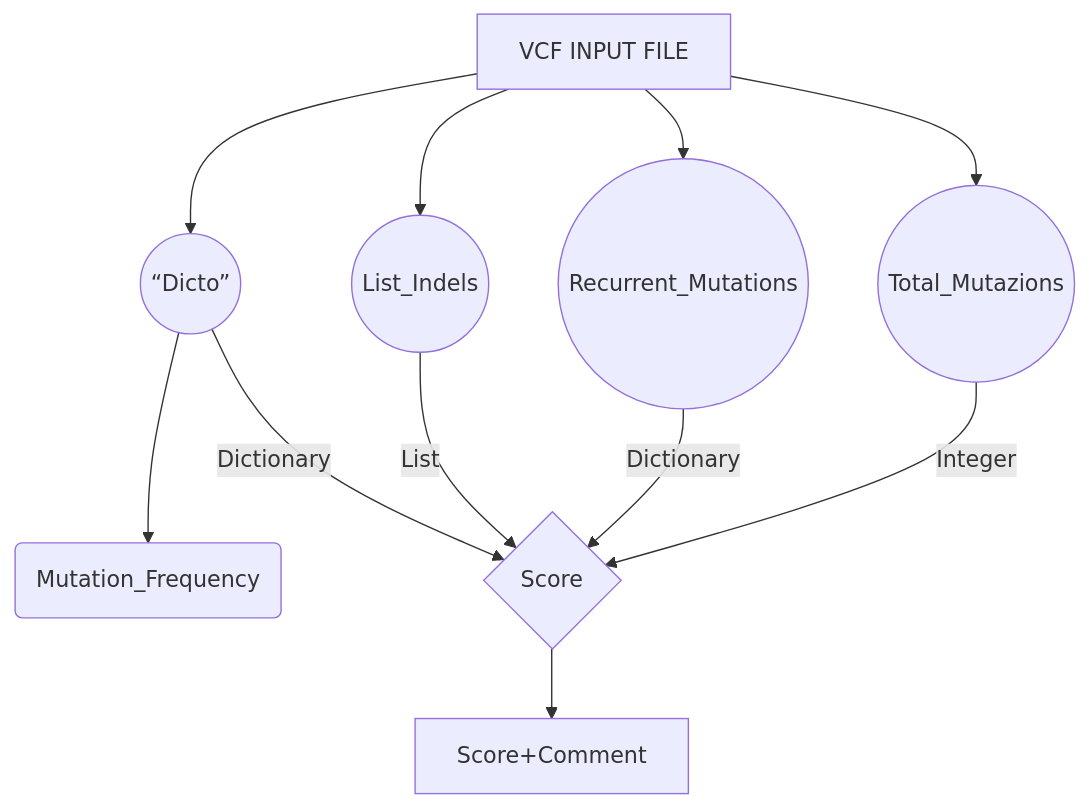
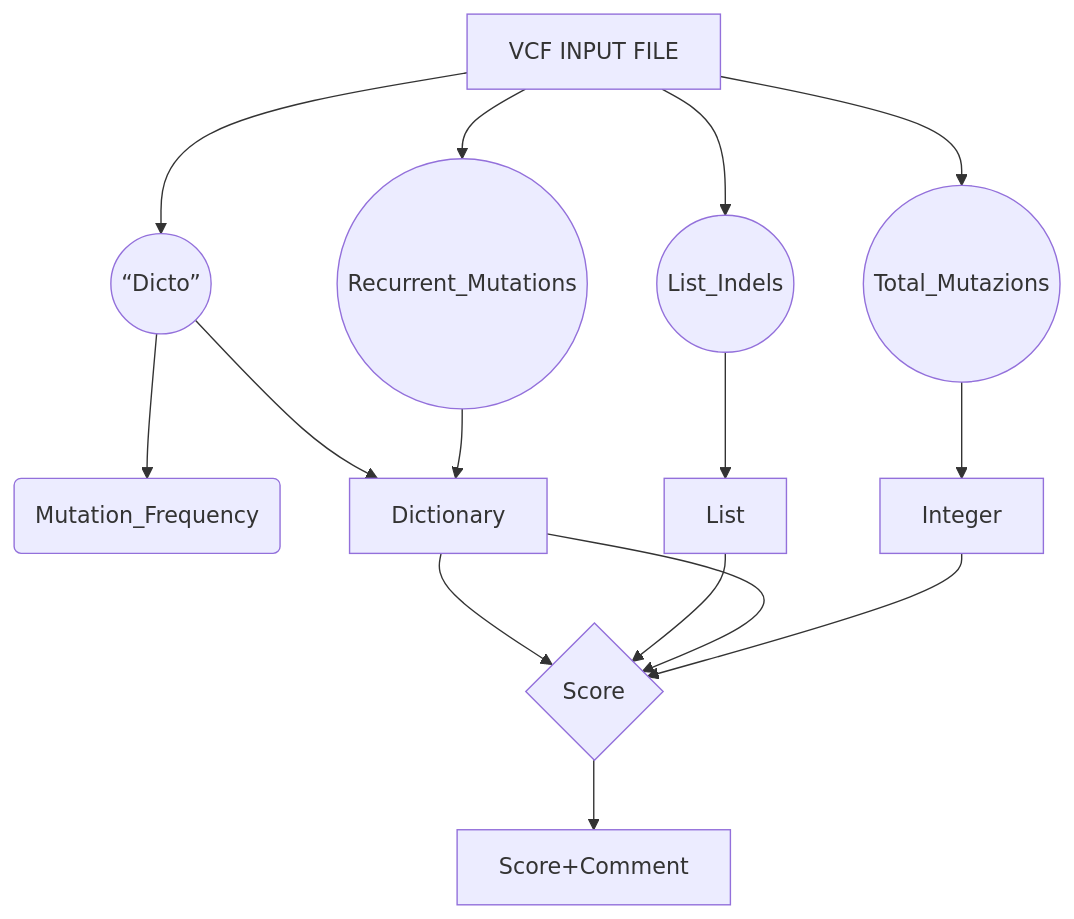
Before and after one commit to bioinformatics-policlinicogemelli/POLE: the first of 2 diagrams in README.md, drawn with Mermaid.

````diff
--- a/README.md
+++ b/README.md
@@ -55,12 +55,12 @@
 ```mermaid
 graph TD
 A[VCF INPUT FILE] --> B((“Dicto”))
 A --> D((Total_Mutazions))
 A --> C((List_Indels))
 A --> R((Recurrent_Mutations))
 B --> F(Mutation_Frequency)
-B -- Dictionary--> E{Score}
-C -- List --> E
-R -- Dictionary --> E
-D -- Integer --> E --> Score+Comment
+B --> Dictionary--> E{Score}
+C --> List --> E
+R --> Dictionary --> E
+D --> Integer --> E --> Score+Comment
 ```
````
